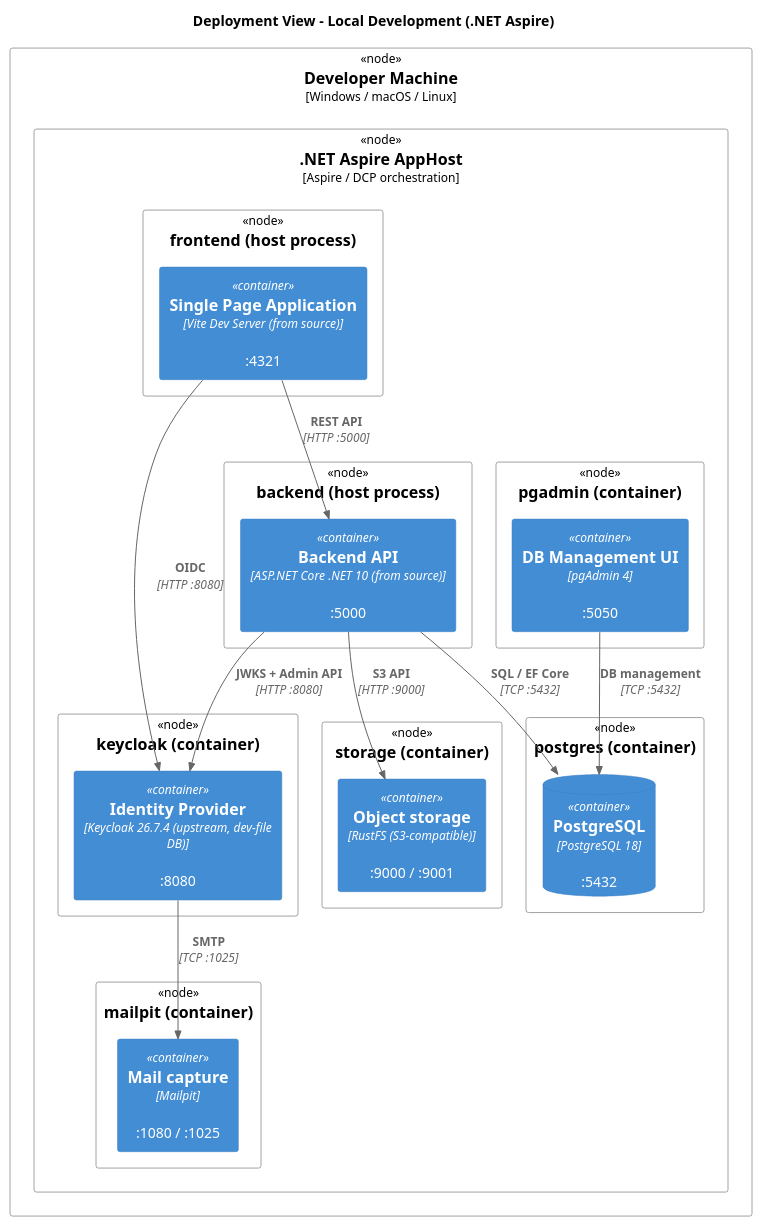
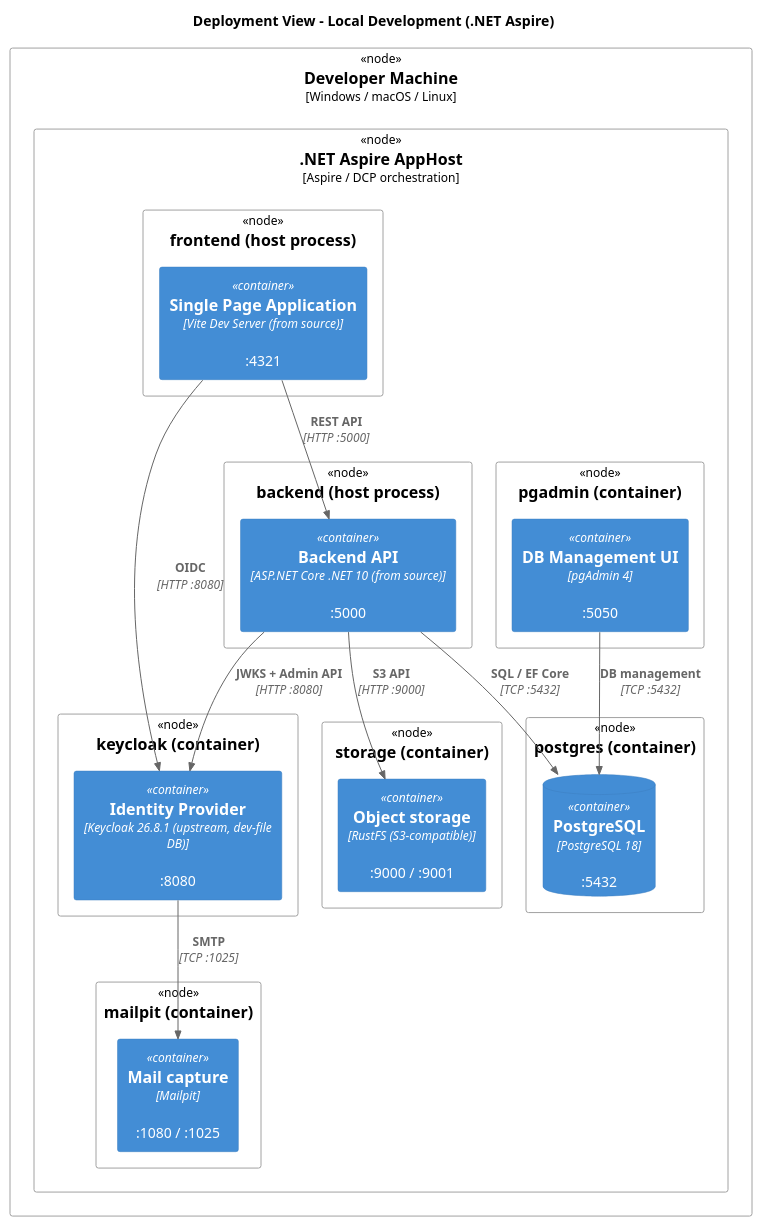
One commit to maik-hasler/afunto changed the diagram in docs/Architecture/images/deployment-local.puml. Above: the diagram before and after it, drawn with PlantUML. The commit also changed 10 other files, not shown here.

```diff
--- a/docs/Architecture/images/deployment-local.puml
+++ b/docs/Architecture/images/deployment-local.puml
@@ -1,48 +1,48 @@
 @startuml Local Development Deployment
 
 !include <C4/C4_Deployment>
 
 title Deployment View - Local Development (.NET Aspire)
 
 Deployment_Node(machine, "Developer Machine", "Windows / macOS / Linux") {
 	Deployment_Node(aspire, ".NET Aspire AppHost", "Aspire / DCP orchestration") {
 
 		Deployment_Node(frontend_node, "frontend (host process)") {
 			Container(frontend, "Single Page Application", "Vite Dev Server (from source)", ":4321")
 		}
 
 		Deployment_Node(backend_node, "backend (host process)") {
 			Container(backend, "Backend API", "ASP.NET Core .NET 10 (from source)", ":5000")
 		}
 
 		Deployment_Node(keycloak_node, "keycloak (container)") {
-			Container(keycloak, "Identity Provider", "Keycloak 26.7.4 (upstream, dev-file DB)", ":8080")
+			Container(keycloak, "Identity Provider", "Keycloak 26.8.1 (upstream, dev-file DB)", ":8080")
 		}
 
 		Deployment_Node(postgres_node, "postgres (container)") {
 			ContainerDb(postgres, "PostgreSQL", "PostgreSQL 18", ":5432")
 		}
 
 		Deployment_Node(pgadmin_node, "pgadmin (container)") {
 			Container(pgadmin, "DB Management UI", "pgAdmin 4", ":5050")
 		}
 
 		Deployment_Node(mailpit_node, "mailpit (container)") {
 			Container(mailpit, "Mail capture", "Mailpit", ":1080 / :1025")
 		}
 
 		Deployment_Node(storage_node, "storage (container)") {
 			Container(storage, "Object storage", "RustFS (S3-compatible)", ":9000 / :9001")
 		}
 	}
 }
 
 Rel(frontend, backend, "REST API", "HTTP :5000")
 Rel(frontend, keycloak, "OIDC", "HTTP :8080")
 Rel(backend, postgres, "SQL / EF Core", "TCP :5432")
 Rel(backend, keycloak, "JWKS + Admin API", "HTTP :8080")
 Rel(keycloak, mailpit, "SMTP", "TCP :1025")
 Rel(backend, storage, "S3 API", "HTTP :9000")
 Rel(pgadmin, postgres, "DB management", "TCP :5432")
 
 @enduml
```
